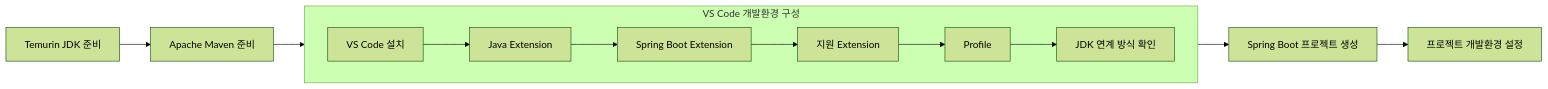
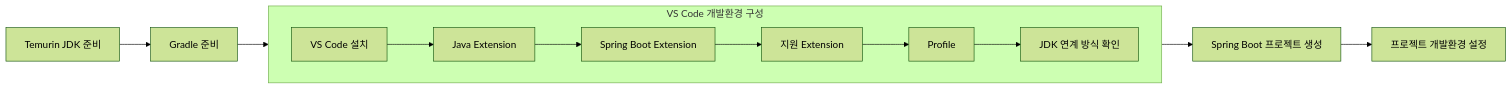
One commit to Team-Microserver/microserver-docs changed the second of 3 diagrams in docs/01_project_start/02_environment/vscode/vscode_setup.md. Above: the diagram before and after it, drawn with Mermaid (forest theme). The commit also changed other lines of this file and 30 other files, not shown here.

````diff
--- a/docs/01_project_start/02_environment/vscode/vscode_setup.md
+++ b/docs/01_project_start/02_environment/vscode/vscode_setup.md
@@ -56,23 +56,23 @@
 ```mermaid
 flowchart LR
-    JDK[Temurin JDK 준비] --> MAVEN[Apache Maven 준비]
+    JDK[Temurin JDK 준비] --> GRADLE[Gradle 준비]
 
     subgraph VSCODE["VS Code 개발환경 구성"]
         direction LR
         VS1[VS Code 설치]
         VS2[Java Extension]
         VS3[Spring Boot Extension]
         VS4[지원 Extension]
         VS5[Profile]
         VS6[JDK 연계 방식 확인]
 
         VS1 --> VS2 --> VS3 --> VS4 --> VS5 --> VS6
     end
 
     SPRING[Spring Boot 프로젝트 생성]
     PROJECT[프로젝트 개발환경 설정]
 
-    MAVEN --> VSCODE
+    GRADLE --> VSCODE
     VSCODE --> SPRING
     SPRING --> PROJECT
 ```
````
